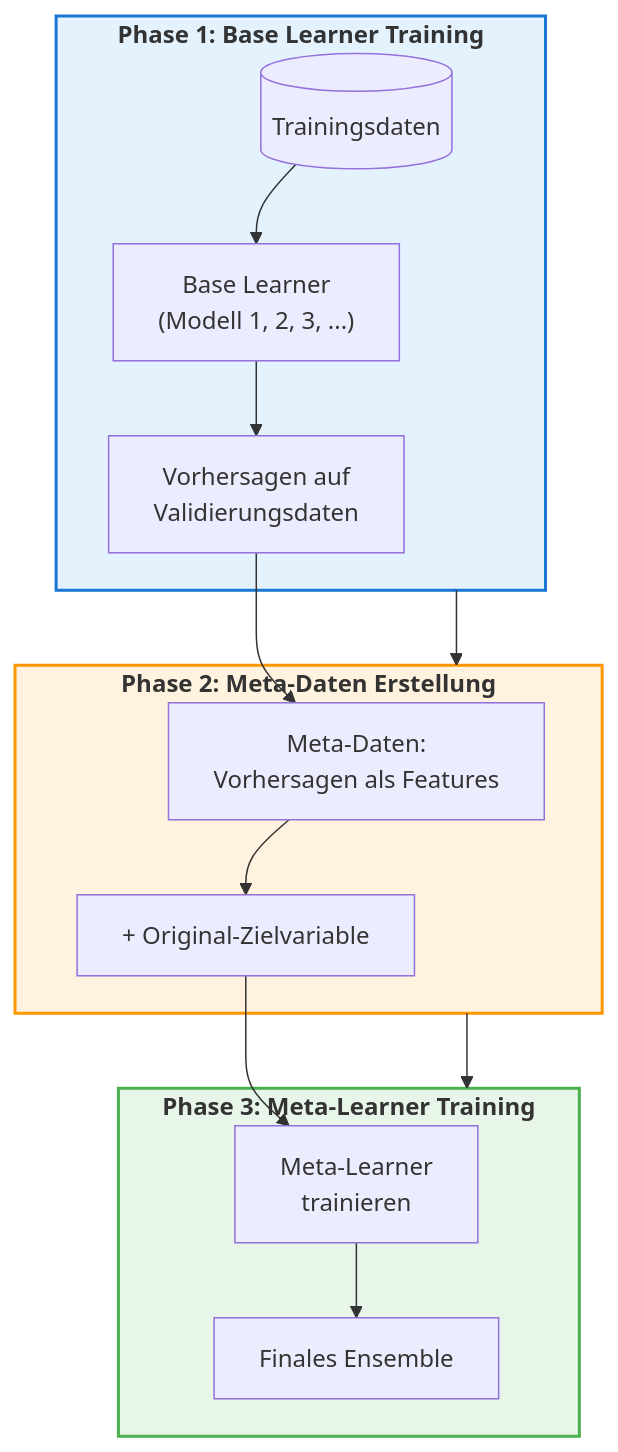
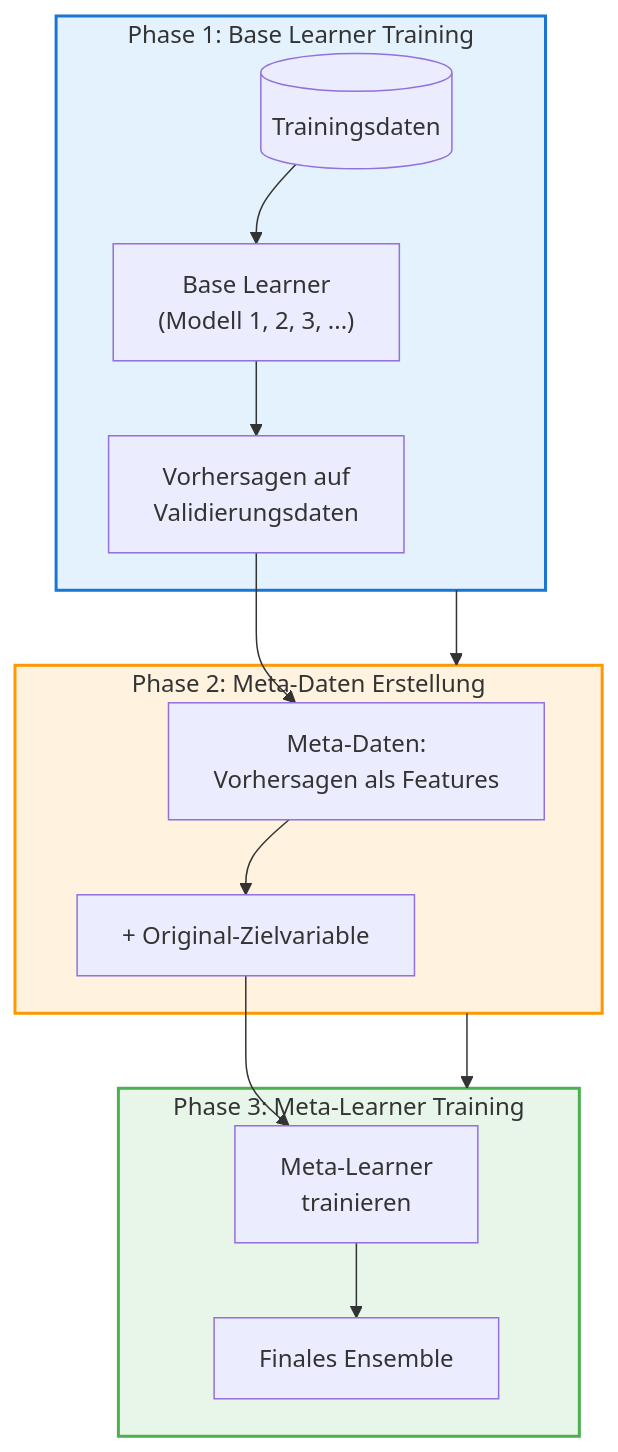
Before and after one commit to ralf-42/ML_Intro: the sixth of 9 diagrams in docs/concepts/modeling/stacking.md, drawn with Mermaid. The commit also changed 6 other files, not shown here.

````diff
--- a/docs/concepts/modeling/stacking.md
+++ b/docs/concepts/modeling/stacking.md
@@ -195,25 +195,25 @@
 ```mermaid
 flowchart TD
 
-subgraph Phase1["<b>Phase 1: Base Learner Training</b>"]
+subgraph Phase1["Phase 1: Base Learner Training"]
     D1[("Trainingsdaten")] --> BL["Base Learner<br/>(Modell 1, 2, 3, ...)"]
     BL --> PRED["Vorhersagen auf<br/>Validierungsdaten"]
 end
 
-subgraph Phase2["<b>Phase 2: Meta-Daten Erstellung</b>"]
+subgraph Phase2["Phase 2: Meta-Daten Erstellung"]
     PRED --> MD["Meta-Daten:<br/>Vorhersagen als Features"]
     MD --> TARGET["+ Original-Zielvariable"]
 end
 
-subgraph Phase3["<b>Phase 3: Meta-Learner Training</b>"]
+subgraph Phase3["Phase 3: Meta-Learner Training"]
     TARGET --> ML["Meta-Learner<br/>trainieren"]
     ML --> FINAL["Finales Ensemble"]
 end
 
 Phase1 --> Phase2
 Phase2 --> Phase3
 
 style Phase1 fill:#e3f2fd,stroke:#1976d2,stroke-width:2px
 style Phase2 fill:#fff3e0,stroke:#ff9800,stroke-width:2px
 style Phase3 fill:#e8f5e9,stroke:#4caf50,stroke-width:2px
 ```
````
